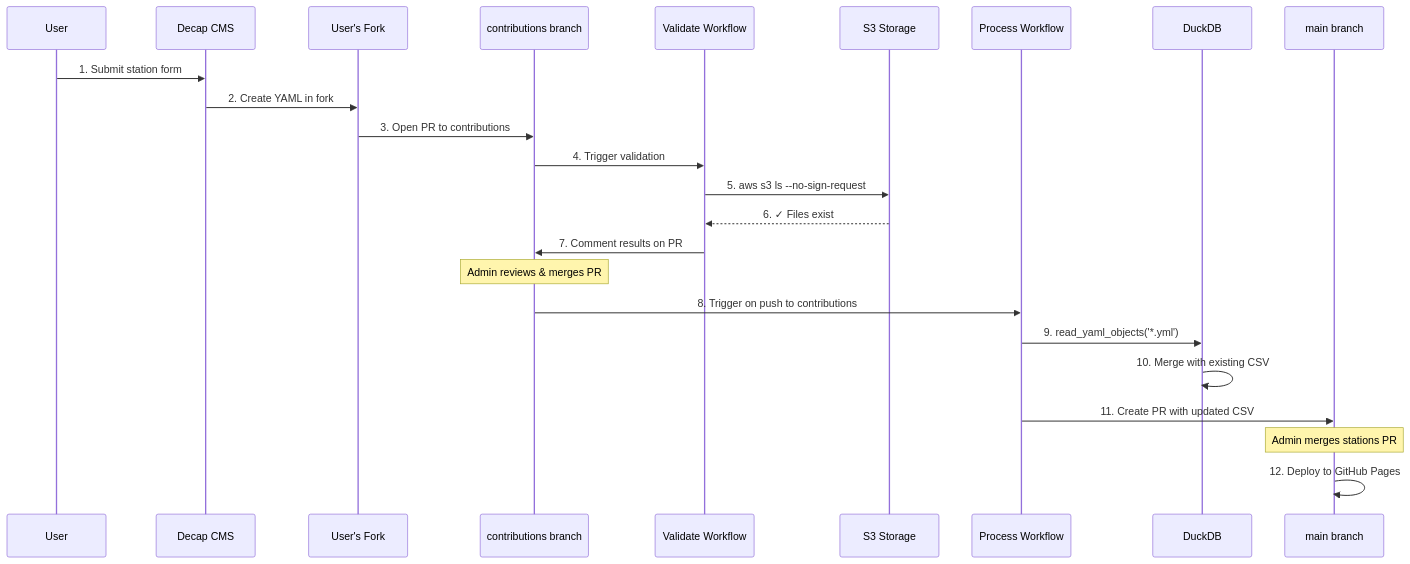
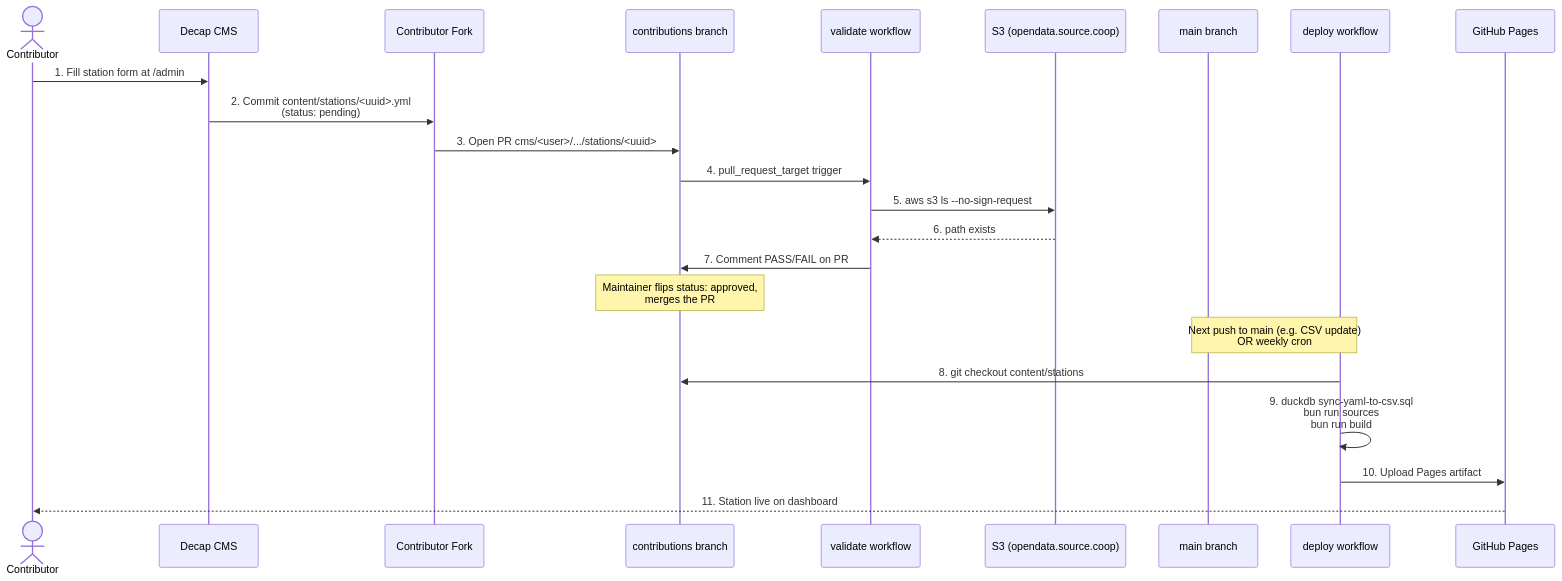
The second of 3 diagrams in CONTRIBUTING.md (walkthru-earth/opensensor-space), drawn with Mermaid before and after one commit. The commit also changed other lines of this file and 2 other files, not shown here.

````diff
--- a/CONTRIBUTING.md
+++ b/CONTRIBUTING.md
@@ -26,27 +28,26 @@
 ```mermaid
 sequenceDiagram
-    participant U as User
-    participant CMS as Decap CMS
-    participant Fork as User's Fork
-    participant CB as contributions branch
-    participant VA as Validate Workflow
-    participant S3 as S3 Storage
-    participant PA as Process Workflow
-    participant DB as DuckDB
-    participant M as main branch
+  actor C as Contributor
+  participant CMS as Decap CMS
+  participant Fork as Contributor Fork
+  participant CB as contributions branch
+  participant VW as validate workflow
+  participant S3 as S3 (opendata.source.coop)
+  participant M as main branch
+  participant DW as deploy workflow
+  participant GP as GitHub Pages
 
-    U->>CMS: 1. Submit station form
-    CMS->>Fork: 2. Create YAML in fork
-    Fork->>CB: 3. Open PR to contributions
-    CB->>VA: 4. Trigger validation
-    VA->>S3: 5. aws s3 ls --no-sign-request
-    S3-->>VA: 6. ✓ Files exist
-    VA->>CB: 7. Comment results on PR
-    Note over CB: Admin reviews & merges PR
-    CB->>PA: 8. Trigger on push to contributions
-    PA->>DB: 9. read_yaml_objects('*.yml')
-    DB->>DB: 10. Merge with existing CSV
-    PA->>M: 11. Create PR with updated CSV
-    Note over M: Admin merges stations PR
-    M->>M: 12. Deploy to GitHub Pages
+  C->>CMS: 1. Fill station form at /admin
+  CMS->>Fork: 2. Commit content/stations/<uuid>.yml<br/>(status: pending)
+  Fork->>CB: 3. Open PR cms/<user>/.../stations/<uuid>
+  CB->>VW: 4. pull_request_target trigger
+  VW->>S3: 5. aws s3 ls --no-sign-request
+  S3-->>VW: 6. path exists
+  VW->>CB: 7. Comment PASS/FAIL on PR
+  Note over CB: Maintainer flips status: approved,<br/>merges the PR
+  Note over M,DW: Next push to main (e.g. CSV update)<br/>OR weekly cron
+  DW->>CB: 8. git checkout content/stations
+  DW->>DW: 9. duckdb sync-yaml-to-csv.sql<br/>bun run sources<br/>bun run build
+  DW->>GP: 10. Upload Pages artifact
+  GP-->>C: 11. Station live on dashboard
 ```
````
